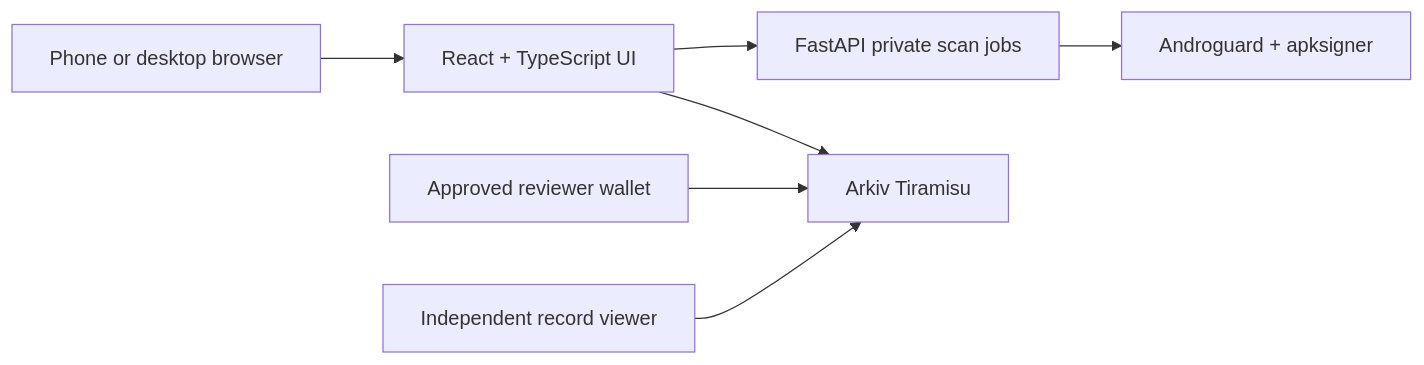
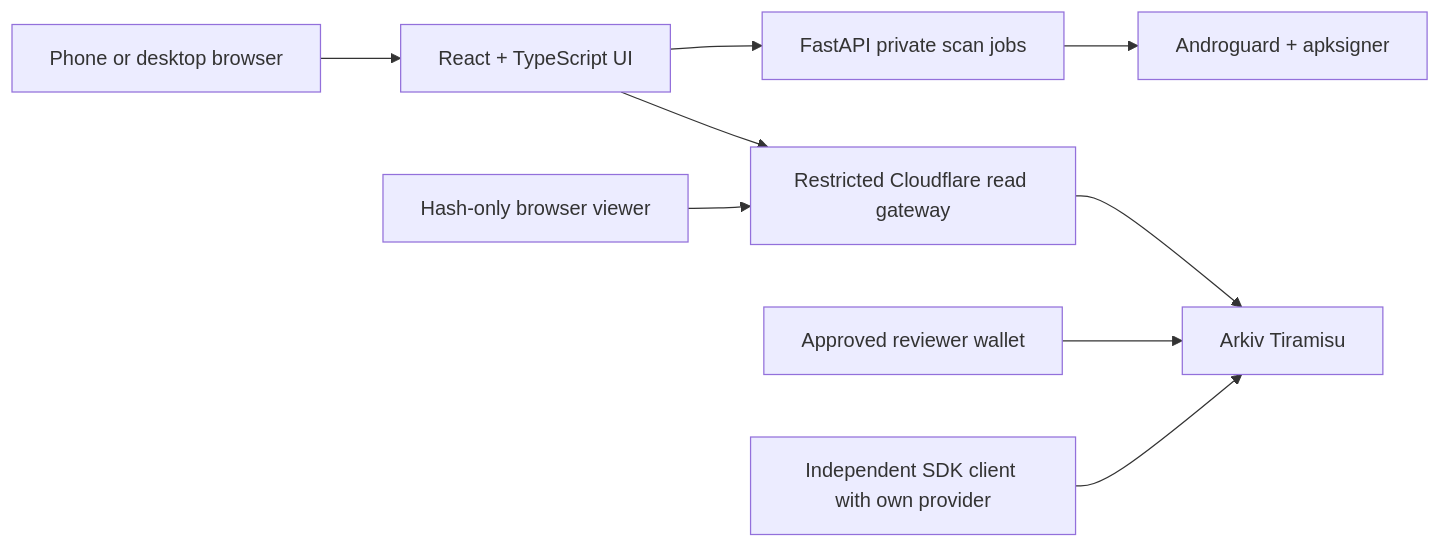
The diagram in README.md (AjnasNB/scamsignal), drawn with Mermaid before and after one commit. The commit also changed other lines of this file and 32 other files, not shown here.

````diff
--- a/README.md
+++ b/README.md
@@ -31,9 +31,11 @@
 ```mermaid
 flowchart LR
     Phone[Phone or desktop browser] --> UI[React + TypeScript UI]
     UI --> API[FastAPI private scan jobs]
     API --> Parser[Androguard + apksigner]
-    UI --> Arkiv[Arkiv Tiramisu]
+    UI --> Gateway[Restricted Cloudflare read gateway]
+    Gateway --> Arkiv[Arkiv Tiramisu]
     Reviewer[Approved reviewer wallet] --> Arkiv
-    Viewer[Independent record viewer] --> Arkiv
+    Viewer[Hash-only browser viewer] --> Gateway
+    External[Independent SDK client with own provider] --> Arkiv
 ```
````
